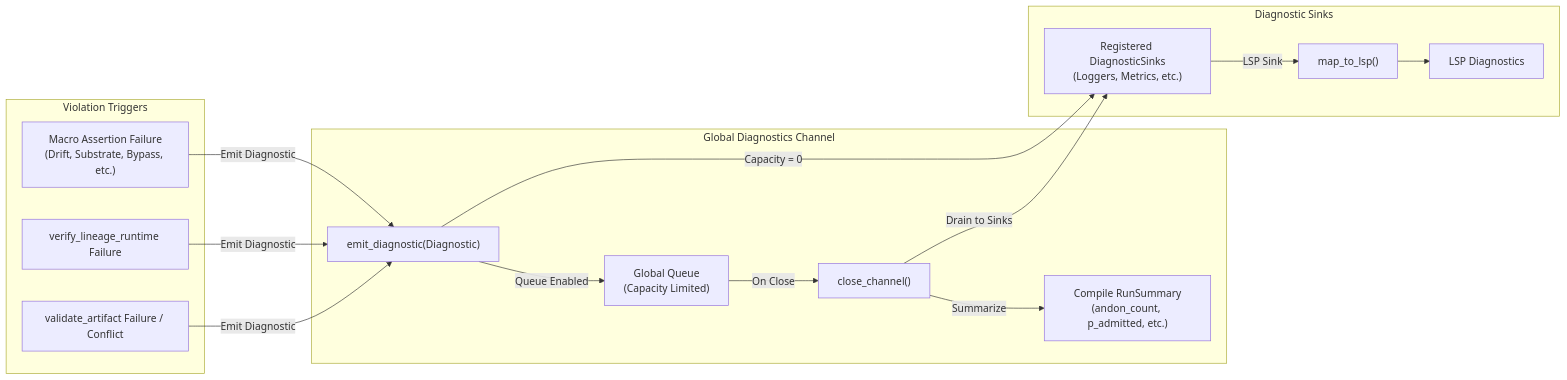
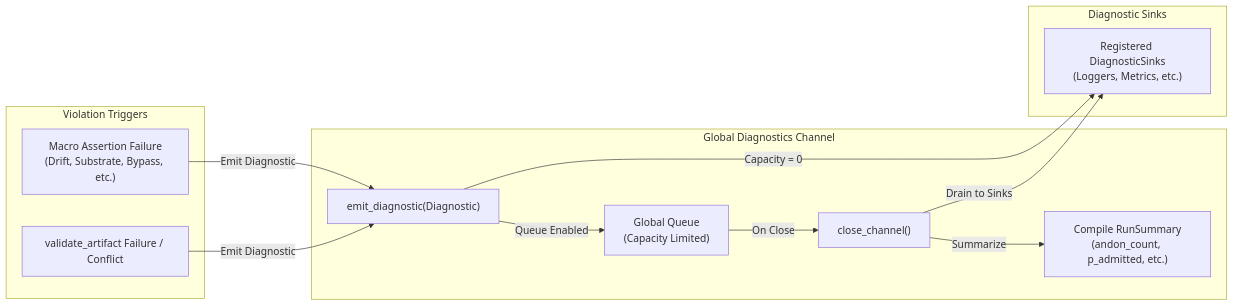
Before and after one commit to seanchatmangpt/chicago-tdd-tools: the second of 2 diagrams in docs/governance_architecture.md, drawn with Mermaid. The commit also changed other lines of this file and 51 other files, not shown here.

````diff
--- a/docs/governance_architecture.md
+++ b/docs/governance_architecture.md
@@ -55,38 +50,32 @@
 ```mermaid
 graph LR
     %% Data Sources
     subgraph Violations ["Violation Triggers"]
         MacroFail["Macro Assertion Failure<br>(Drift, Substrate, Bypass, etc.)"]
-        RuntimeLineage["verify_lineage_runtime Failure"]
         RuntimeValidation["validate_artifact Failure / Conflict"]
     end
 
     %% Channel
     subgraph ChannelSync ["Global Diagnostics Channel"]
         EmitDiag["emit_diagnostic(Diagnostic)"]
         Queue["Global Queue<br>(Capacity Limited)"]
         CloseChan["close_channel()"]
         RunSummary["Compile RunSummary<br>(andon_count, p_admitted, etc.)"]
     end
 
     %% Sinks
     subgraph Sinks ["Diagnostic Sinks"]
-        LspMapper["map_to_lsp()"]
-        LspTypes["LSP Diagnostics"]
         CustomSinks["Registered DiagnosticSinks<br>(Loggers, Metrics, etc.)"]
     end
 
     %% Flow
     MacroFail -->|Emit Diagnostic| EmitDiag
-    RuntimeLineage -->|Emit Diagnostic| EmitDiag
     RuntimeValidation -->|Emit Diagnostic| EmitDiag
 
     EmitDiag -->|Queue Enabled| Queue
     EmitDiag -->|Capacity = 0| CustomSinks
 
     Queue -->|On Close| CloseChan
     CloseChan -->|Summarize| RunSummary
     CloseChan -->|Drain to Sinks| CustomSinks
-    CustomSinks -->|LSP Sink| LspMapper
-    LspMapper --> LspTypes
 ```
````
